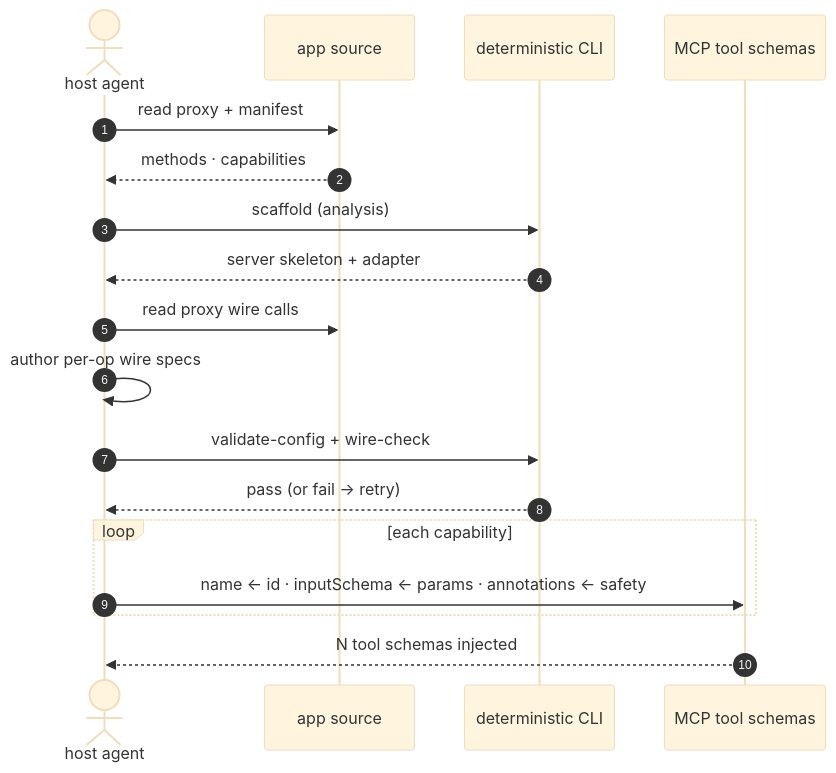
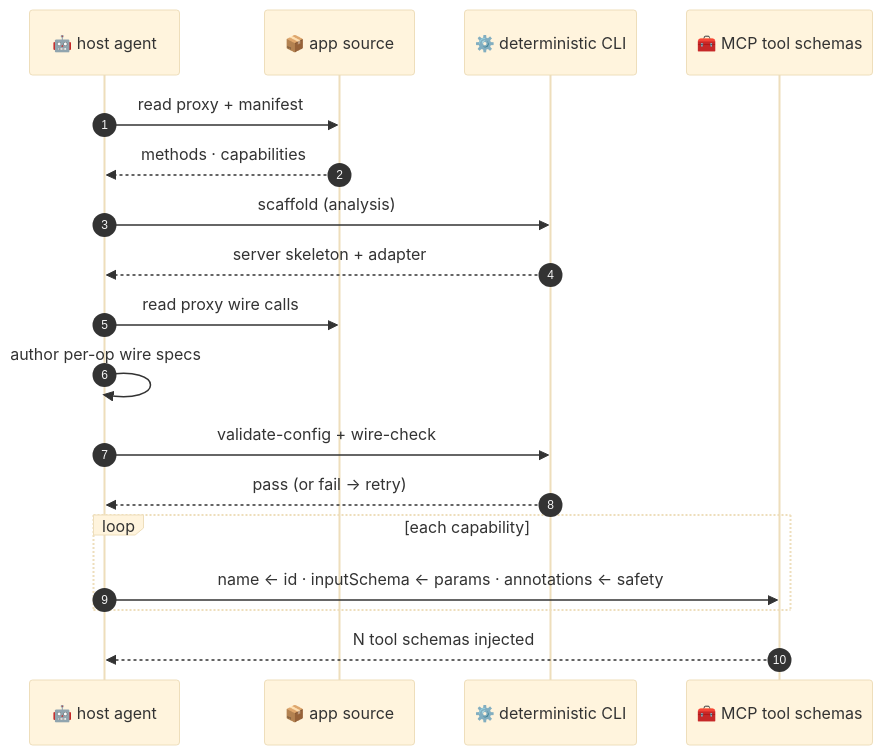
Before and after one commit to MatCaviar/BRIDGE: the second of 2 diagrams in README.md, drawn with Mermaid (base theme). The commit also changed other lines of this file, not shown here.

Commit message:
docs(readme): replace ugly actor stick-figure with emoji participant headers (🤖 agent et al.)

````diff
--- a/README.md
+++ b/README.md
@@ -82,21 +82,21 @@
 ```mermaid
 sequenceDiagram
     autonumber
-    actor Agent as host agent
-    participant Source as app source
-    participant CLI as deterministic CLI
-    participant Tool as MCP tool schemas
+    participant Agent as 🤖 host agent
+    participant Source as 📦 app source
+    participant CLI as ⚙️ deterministic CLI
+    participant Tool as 🧰 MCP tool schemas
 
     Agent->>Source: read proxy + manifest
     Source-->>Agent: methods · capabilities
     Agent->>CLI: scaffold (analysis)
     CLI-->>Agent: server skeleton + adapter
     Agent->>Source: read proxy wire calls
     Agent->>Agent: author per-op wire specs
     Agent->>CLI: validate-config + wire-check
     CLI-->>Agent: pass (or fail → retry)
     loop each capability
         Agent->>Tool: name ← id · inputSchema ← params · annotations ← safety
     end
     Tool-->>Agent: N tool schemas injected
 ```
````
